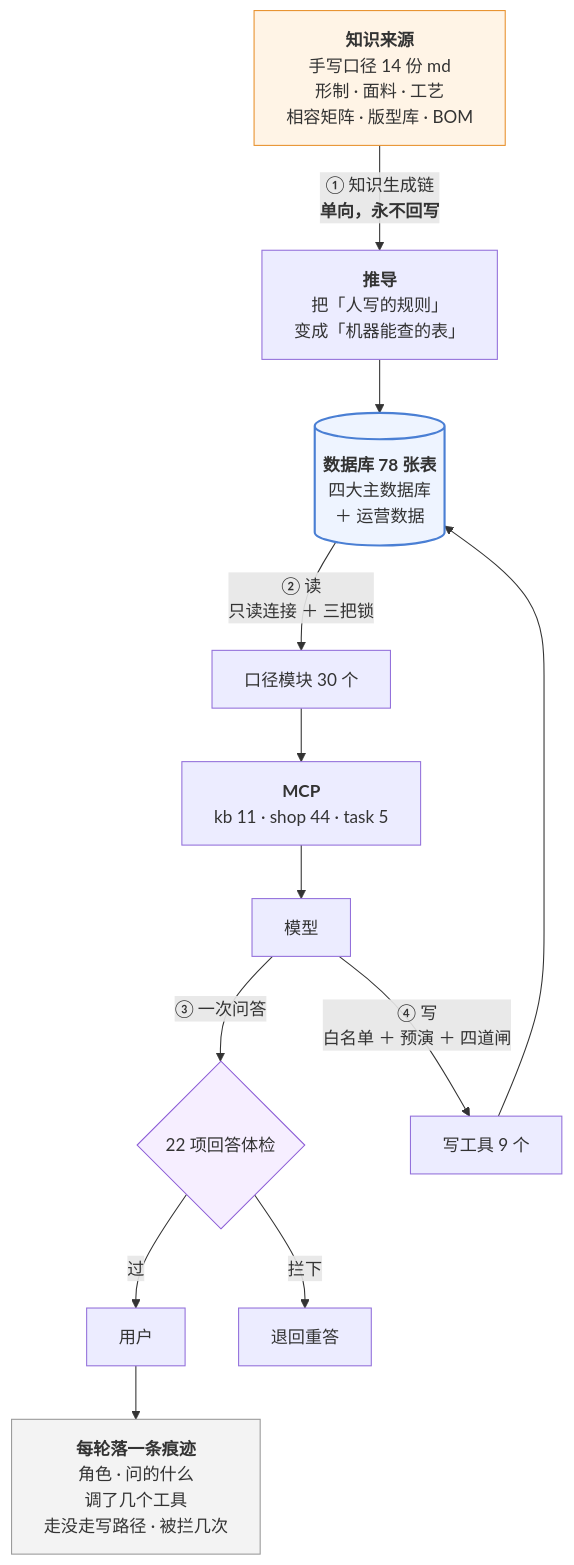
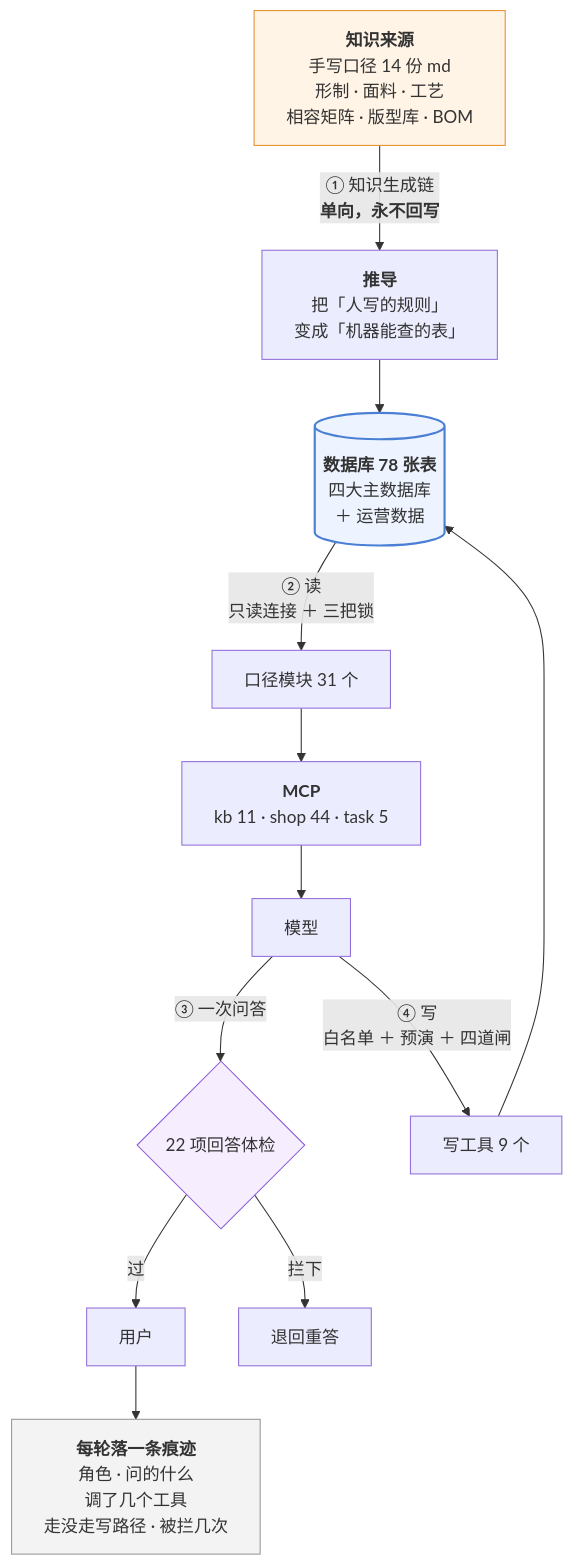
One commit to 843773296-rgb/lanxiu-yunshang-agent changed the third of 3 diagrams in 澜绣云裳agent-产品说明.md. Above: the diagram before and after it, drawn with Mermaid. The commit also changed other lines of this file and 16 other files, not shown here.

````diff
--- a/澜绣云裳agent-产品说明.md
+++ b/澜绣云裳agent-产品说明.md
@@ -804,24 +805,24 @@
 ```mermaid
 flowchart TD
     MD["<b>知识来源</b><br/>手写口径 14 份 md<br/>形制 · 面料 · 工艺<br/>相容矩阵 · 版型库 · BOM"]
     MD -->|"① 知识生成链<br/><b>单向，永不回写</b>"| DV["<b>推导</b><br/>把「人写的规则」<br/>变成「机器能查的表」"]
     DV --> DB[("<b>数据库 78 张表</b><br/>四大主数据库<br/>＋ 运营数据")]
 
-    DB -->|"② 读<br/>只读连接 ＋ 三把锁"| KJ["口径模块 30 个"]
+    DB -->|"② 读<br/>只读连接 ＋ 三把锁"| KJ["口径模块 31 个"]
     KJ --> MCP["<b>MCP</b><br/>kb 11 · shop 44 · task 5"]
     MCP --> LLM["模型"]
 
     LLM -->|"③ 一次问答"| GD{"22 项回答体检"}
     GD -- 过 --> U["用户"]
     GD -- 拦下 --> RE["退回重答"]
 
     LLM -->|"④ 写<br/>白名单 ＋ 预演 ＋ 四道闸"| W["写工具 9 个"]
     W --> DB
 
     U --> TR["<b>每轮落一条痕迹</b><br/>角色 · 问的什么<br/>调了几个工具<br/>走没走写路径 · 被拦几次"]
 
     style MD fill:#fff4e6,stroke:#e8912d
     style DB fill:#eef4ff,stroke:#4a7fd4,stroke-width:2px
     style GD fill:#f6eeff,stroke:#8b5cd6
     style TR fill:#f3f3f3,stroke:#999
 ```
````
